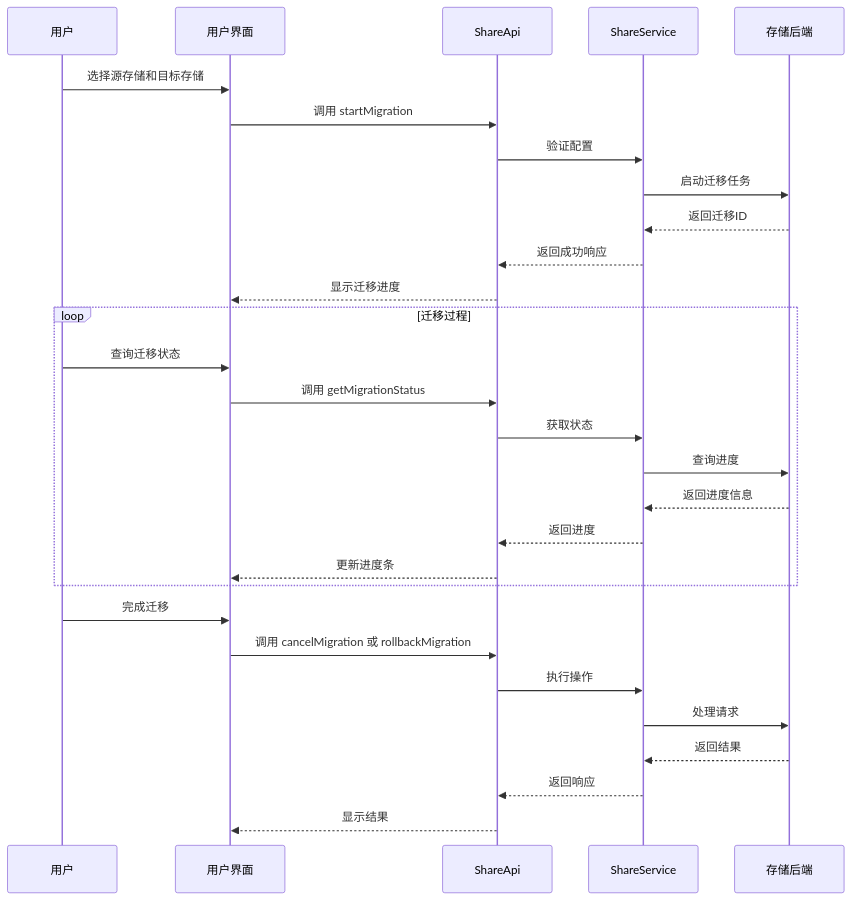
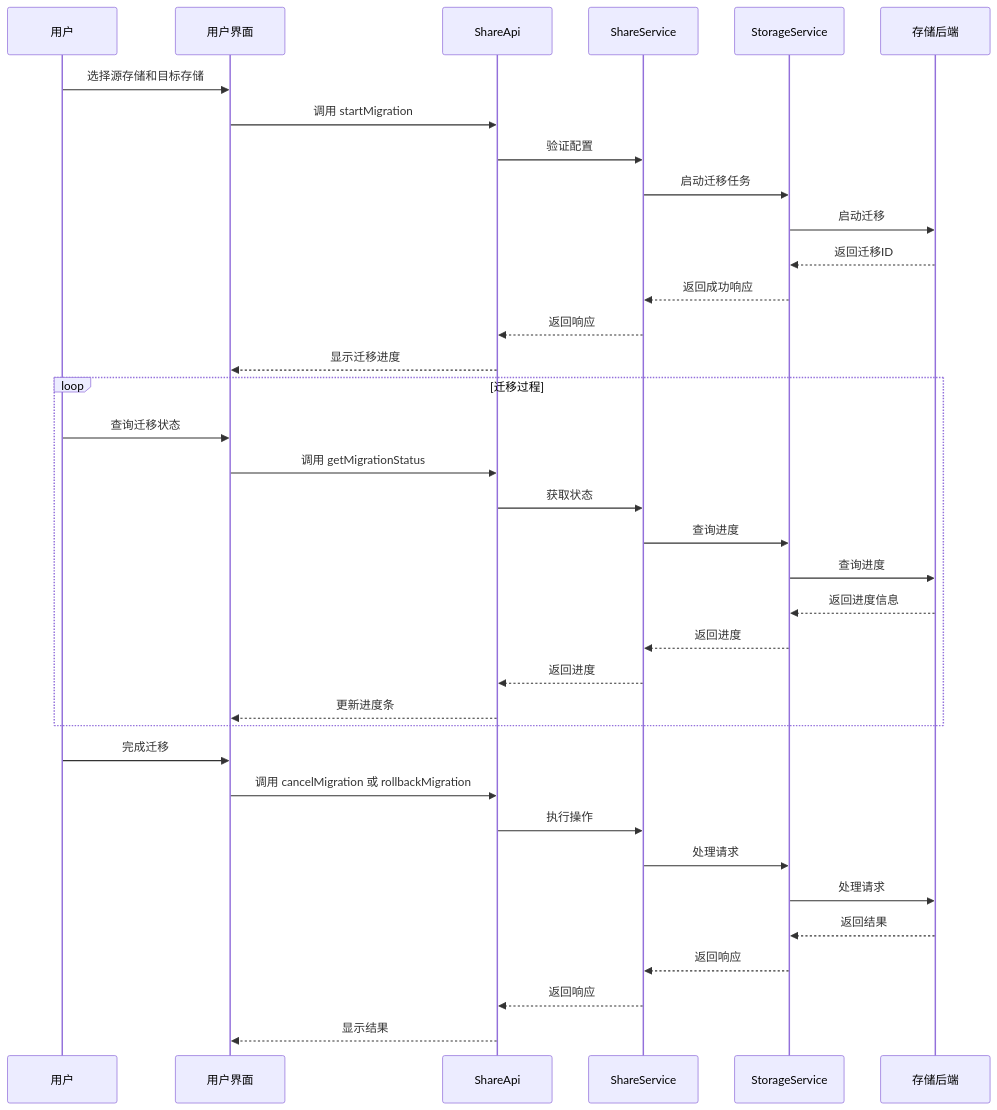
The fifth of 7 diagrams in .qoder/repowiki/zh/content/API参考文档/核心API接口/存储API端点.md (terwerinc/siyuan-plugin-share-pro), drawn with Mermaid before and after one commit. The commit also changed other lines of this file and 6 other files, not shown here.

Commit message:
docs: add storage API documentation and update dev environment config

````diff
--- a/.qoder/repowiki/zh/content/API参考文档/核心API接口/存储API端点.md
+++ b/.qoder/repowiki/zh/content/API参考文档/核心API接口/存储API端点.md
@@ -315,31 +356,38 @@
 ```mermaid
 sequenceDiagram
 participant User as 用户
 participant UI as 用户界面
 participant API as ShareApi
 participant Service as ShareService
+participant StorageService as StorageService
 participant Backend as 存储后端
 User->>UI : 选择源存储和目标存储
 UI->>API : 调用 startMigration
 API->>Service : 验证配置
-Service->>Backend : 启动迁移任务
-Backend-->>Service : 返回迁移ID
-Service-->>API : 返回成功响应
+Service->>StorageService : 启动迁移任务
+StorageService->>Backend : 启动迁移
+Backend-->>StorageService : 返回迁移ID
+StorageService-->>Service : 返回成功响应
+Service-->>API : 返回响应
 API-->>UI : 显示迁移进度
 loop 迁移过程
 User->>UI : 查询迁移状态
 UI->>API : 调用 getMigrationStatus
 API->>Service : 获取状态
-Service->>Backend : 查询进度
-Backend-->>Service : 返回进度信息
+Service->>StorageService : 查询进度
+StorageService->>Backend : 查询进度
+Backend-->>StorageService : 返回进度信息
+StorageService-->>Service : 返回进度
 Service-->>API : 返回进度
 API-->>UI : 更新进度条
 end
 User->>UI : 完成迁移
 UI->>API : 调用 cancelMigration 或 rollbackMigration
 API->>Service : 执行操作
-Service->>Backend : 处理请求
-Backend-->>Service : 返回结果
+Service->>StorageService : 处理请求
+StorageService->>Backend : 处理请求
+Backend-->>StorageService : 返回结果
+StorageService-->>Service : 返回响应
 Service-->>API : 返回响应
 API-->>UI : 显示结果
 ```
````
